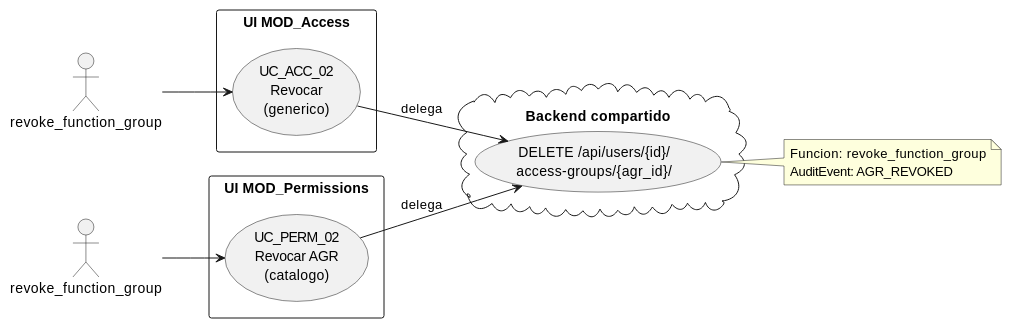
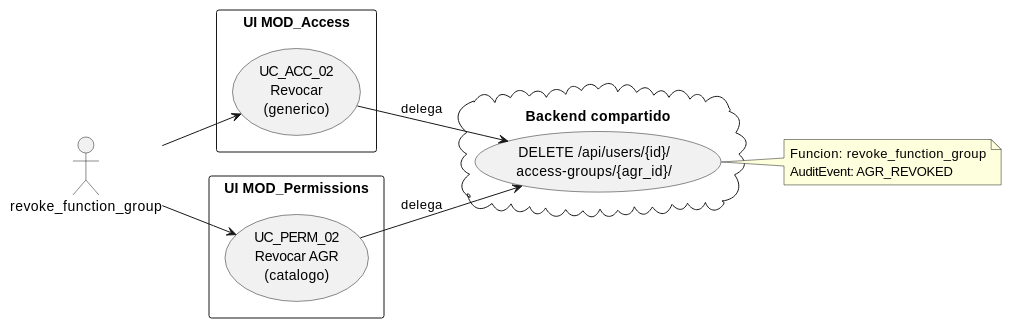
One commit to jcg-admin/IACT-docs changed the first of 4 diagrams in source/requisitos/casos-uso/permissions/uc-perm-02/diagramas-uml.rst. Above: the diagram before and after it, drawn with PlantUML. The commit also changed other lines of this file and 79 other files, not shown here.

First line of the commit message:
Sweep cryptic aliases in UC diagramas-uml files

```diff
--- a/source/requisitos/casos-uso/permissions/uc-perm-02/diagramas-uml.rst
+++ b/source/requisitos/casos-uso/permissions/uc-perm-02/diagramas-uml.rst
@@ -10,31 +10,31 @@
 .. uml::
  :caption: UC_PERM_02 vista del flujo
            UC_ACC_02 sobre AGR
 
  @startuml
  left to right direction
 
- actor "revoke_function_group" as OPS
- actor "revoke_function_group" as SEC
+ actor "revoke_function_group" as revoke_function_group
+ actor "revoke_function_group" as revoke_function_group
 
  rectangle "UI MOD_Access" {
    usecase "UC_ACC_02\nRevocar\n(generico)" as ACC02
  }
  rectangle "UI MOD_Permissions" {
    usecase "UC_PERM_02\nRevocar AGR\n(catalogo)" as PERM02
  }
  cloud "Backend compartido" {
    usecase "DELETE /api/users/{id}/\naccess-groups/{agr_id}/" as BE
  }
 
- OPS --> ACC02
- SEC --> PERM02
+ revoke_function_group --> ACC02
+ revoke_function_group --> PERM02
  ACC02 --> BE : delega
  PERM02 --> BE : delega
 
  note right of BE
    Funcion: revoke_function_group
    AuditEvent: AGR_REVOKED
  end note
 
  @enduml
```
